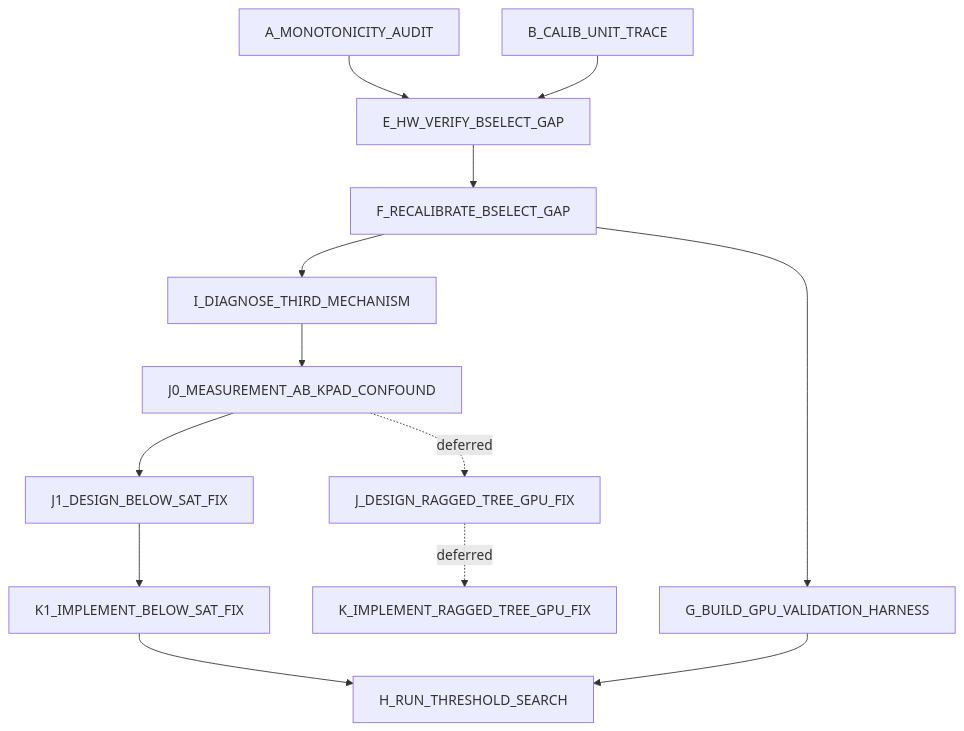
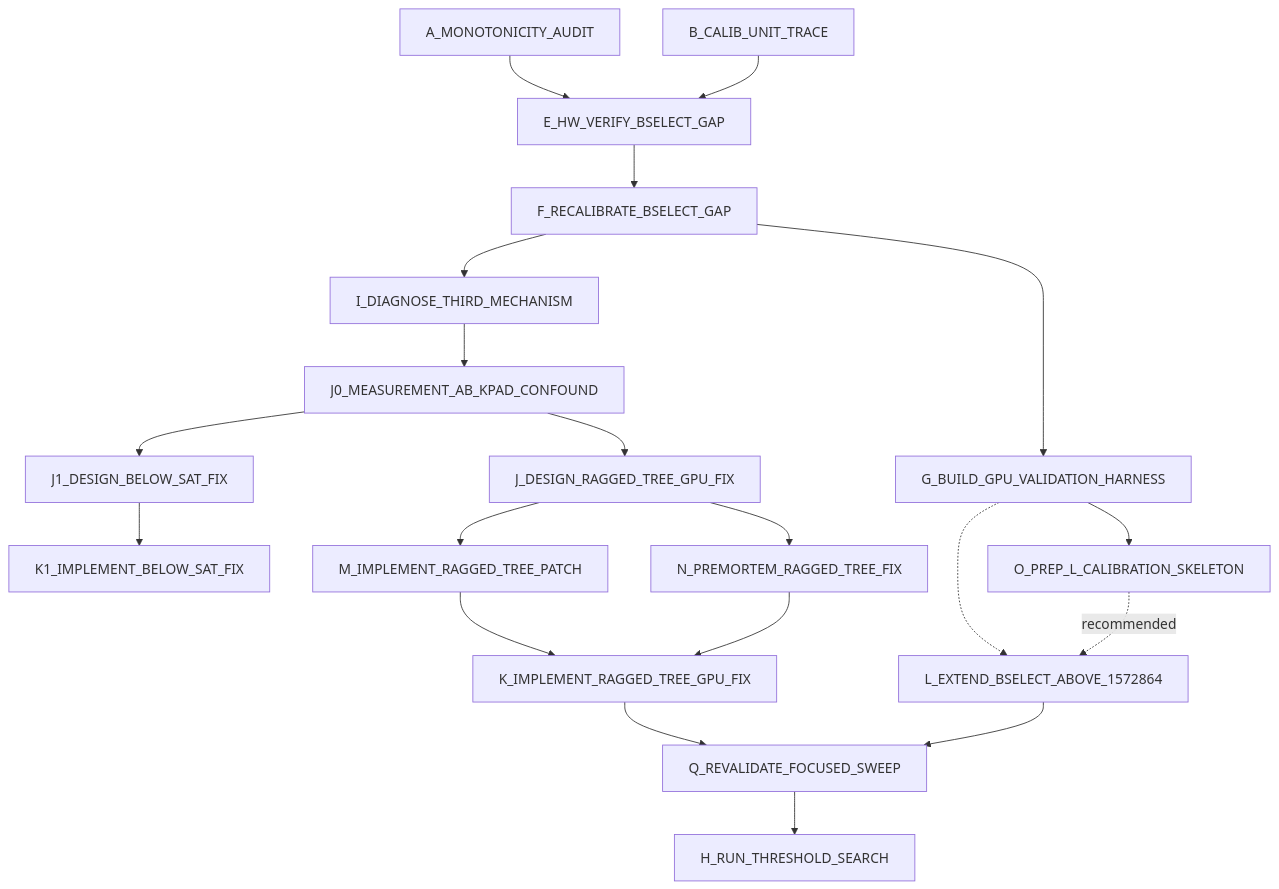
One commit to Sarose550/ICM changed the diagram in SPRINT_GPU_MONOTONICITY_DAG.md. Above: the diagram before and after it, drawn with Mermaid. The commit also changed other lines of this file, not shown here.

First line of the commit message:
Restructure the sprint board into a proper DAG for the remaining ragged-tree fix and B-selection extension work, with a parallel dispatch wave

````diff
--- a/SPRINT_GPU_MONOTONICITY_DAG.md
+++ b/SPRINT_GPU_MONOTONICITY_DAG.md
@@ -17,15 +17,22 @@
 ```mermaid
 graph TD
   A[A_MONOTONICITY_AUDIT] --> E[E_HW_VERIFY_BSELECT_GAP]
   B[B_CALIB_UNIT_TRACE] --> E
   E --> F[F_RECALIBRATE_BSELECT_GAP]
   F --> I[I_DIAGNOSE_THIRD_MECHANISM]
   I --> J0[J0_MEASUREMENT_AB_KPAD_CONFOUND]
   J0 --> J1[J1_DESIGN_BELOW_SAT_FIX]
   J1 --> K1[K1_IMPLEMENT_BELOW_SAT_FIX]
-  J0 -.deferred.-> J[J_DESIGN_RAGGED_TREE_GPU_FIX]
-  J -.deferred.-> K[K_IMPLEMENT_RAGGED_TREE_GPU_FIX]
+  J0 --> J[J_DESIGN_RAGGED_TREE_GPU_FIX]
+  J --> M[M_IMPLEMENT_RAGGED_TREE_PATCH]
+  J --> N[N_PREMORTEM_RAGGED_TREE_FIX]
+  M --> K[K_IMPLEMENT_RAGGED_TREE_GPU_FIX]
+  N --> K
   F --> G[G_BUILD_GPU_VALIDATION_HARNESS]
-  K1 --> H[H_RUN_THRESHOLD_SEARCH]
-  G --> H
+  G --> O[O_PREP_L_CALIBRATION_SKELETON]
+  G -.-> L[L_EXTEND_BSELECT_ABOVE_1572864]
+  O -.recommended.-> L
+  K --> Q[Q_REVALIDATE_FOCUSED_SWEEP]
+  L --> Q
+  Q --> H[H_RUN_THRESHOLD_SEARCH]
 ```
````
